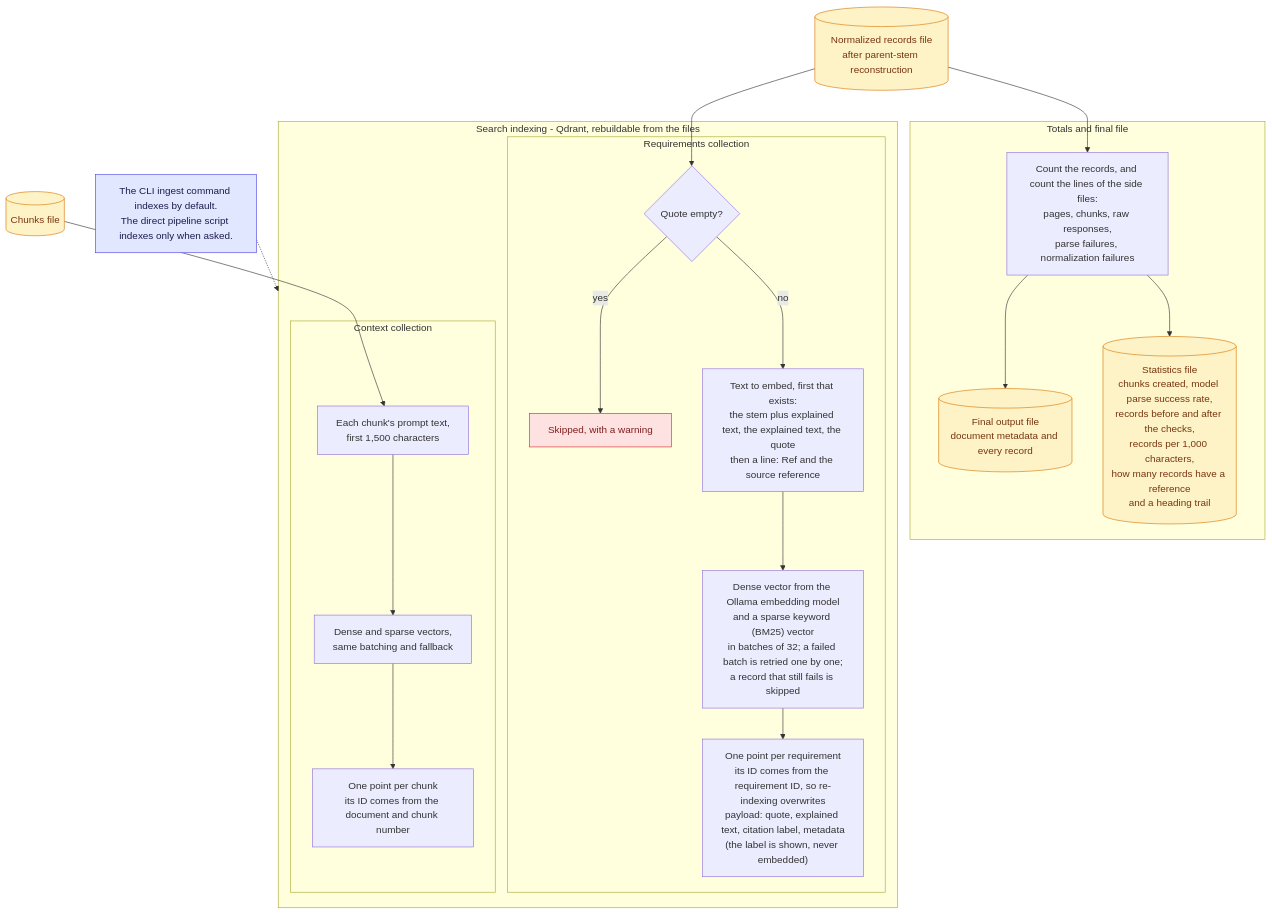
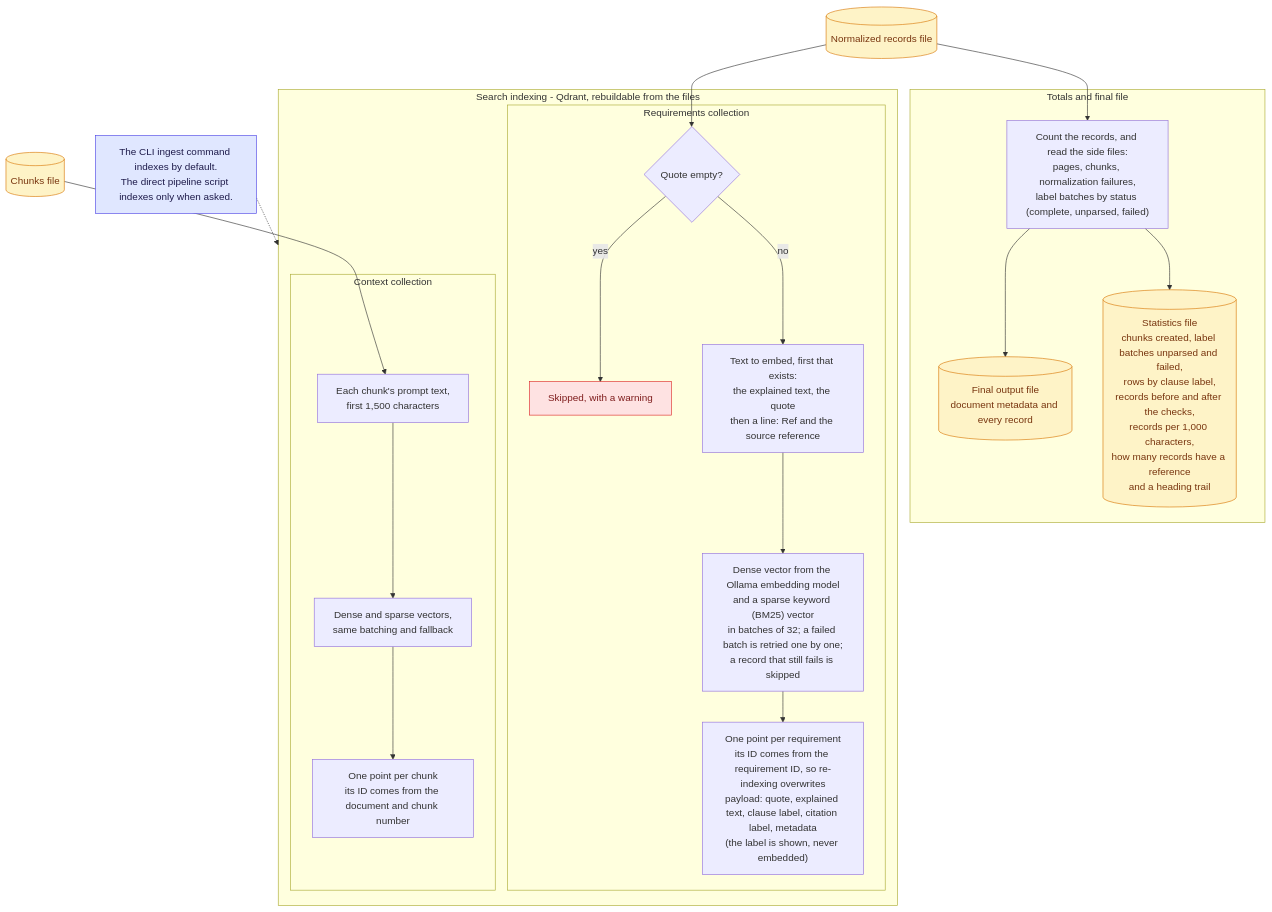
The diagram in docs/diagrams/07_totals_and_indexing.md (TylerGRClark/ReqBot), drawn with Mermaid before and after one commit. The commit also changed 81 other files, not shown here.

First line of the commit message:
feat(pipeline): requirement finding is clause labeling; delete the list-writing step (WP-4) (#365)

````diff
--- a/docs/diagrams/07_totals_and_indexing.md
+++ b/docs/diagrams/07_totals_and_indexing.md
@@ -5,48 +5,48 @@
 ```mermaid
 flowchart TD
-    N[("Normalized records file<br/>after parent-stem reconstruction")]
+    N[("Normalized records file")]
 
     subgraph TOT["Totals and final file"]
-        T1["Count the records, and count the lines of the side files:<br/>pages, chunks, raw responses,<br/>parse failures, normalization failures"]
+        T1["Count the records, and read the side files:<br/>pages, chunks, normalization failures,<br/>label batches by status (complete, unparsed, failed)"]
         T2[("Final output file<br/>document metadata and every record")]
-        T3[("Statistics file<br/>chunks created, model parse success rate,<br/>records before and after the checks,<br/>records per 1,000 characters,<br/>how many records have a reference<br/>and a heading trail")]
+        T3[("Statistics file<br/>chunks created, label batches unparsed and failed,<br/>rows by clause label,<br/>records before and after the checks,<br/>records per 1,000 characters,<br/>how many records have a reference<br/>and a heading trail")]
         T1 --> T2
         T1 --> T3
     end
 
     subgraph IDX["Search indexing - Qdrant, rebuildable from the files"]
         subgraph REQIDX["Requirements collection"]
             I1{"Quote empty?"}
             I1a["Skipped, with a warning"]
-            I2["Text to embed, first that exists:<br/>the stem plus explained text, the explained text, the quote<br/>then a line: Ref and the source reference"]
+            I2["Text to embed, first that exists:<br/>the explained text, the quote<br/>then a line: Ref and the source reference"]
             I3["Dense vector from the Ollama embedding model<br/>and a sparse keyword (BM25) vector<br/>in batches of 32; a failed batch is retried one by one;<br/>a record that still fails is skipped"]
-            I4["One point per requirement<br/>its ID comes from the requirement ID, so re-indexing overwrites<br/>payload: quote, explained text, citation label, metadata<br/>(the label is shown, never embedded)"]
+            I4["One point per requirement<br/>its ID comes from the requirement ID, so re-indexing overwrites<br/>payload: quote, explained text, clause label, citation label, metadata<br/>(the label is shown, never embedded)"]
             I1 -->|yes| I1a
             I1 -->|no| I2
             I2 --> I3
             I3 --> I4
         end
         subgraph CTXIDX["Context collection"]
             C1["Each chunk's prompt text,<br/>first 1,500 characters"]
             C2["Dense and sparse vectors,<br/>same batching and fallback"]
             C3["One point per chunk<br/>its ID comes from the document and chunk number"]
             C1 --> C2
             C2 --> C3
         end
     end
 
     WHEN["The CLI ingest command indexes by default.<br/>The direct pipeline script indexes only when asked."]
 
     N --> T1
     N --> I1
     CH[("Chunks file")] --> C1
     WHEN -.-> IDX
 
     classDef built fill:#d1fae5,stroke:#059669,color:#064e3b;
     classDef drop fill:#fee2e2,stroke:#dc2626,color:#7f1d1d;
     classDef data fill:#fef3c7,stroke:#d97706,color:#78350f;
     classDef note fill:#e0e7ff,stroke:#4f46e5,color:#1e1b4b;
     class I1a drop;
     class N,CH,T2,T3 data;
     class WHEN note;
 ```
````
